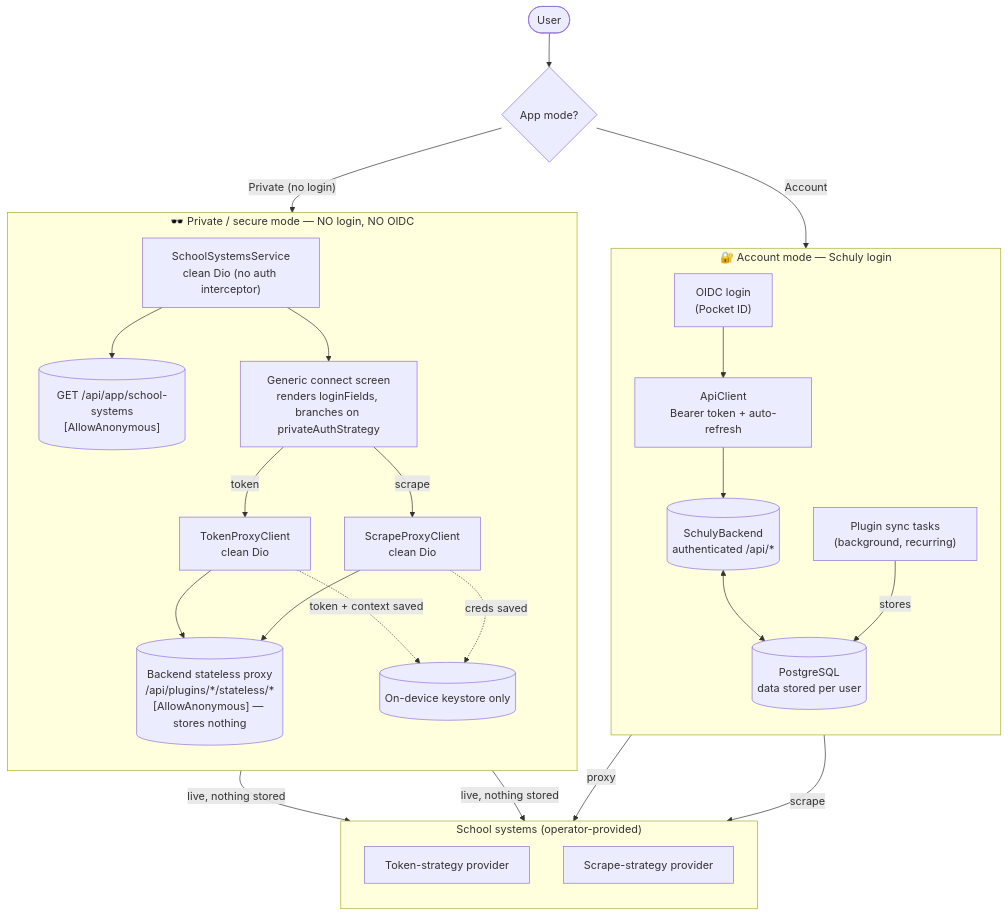
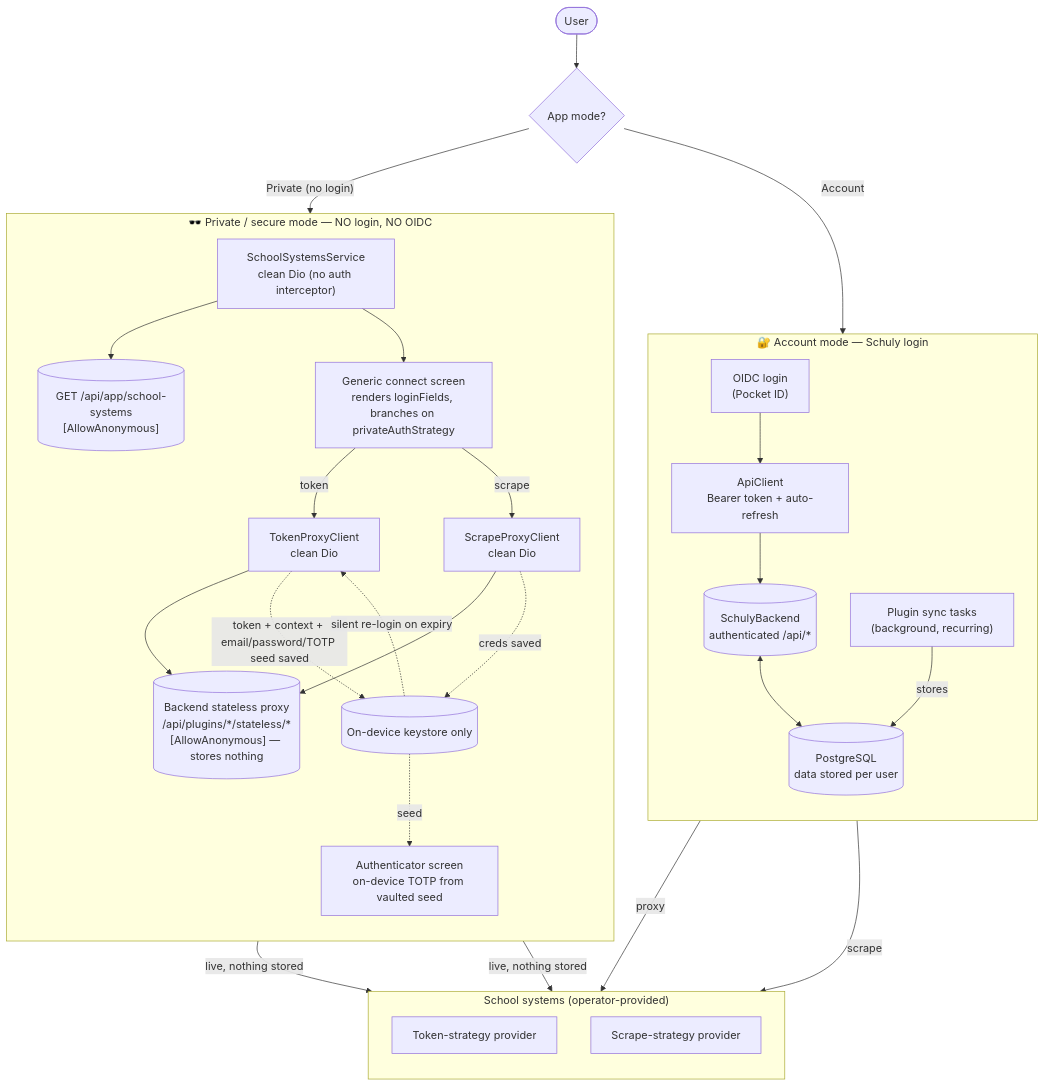
The diagram in docs/architecture-modes.md (schulydev/Schuly), drawn with Mermaid before and after one commit. The commit also changed 12 other files, not shown here.

First line of the commit message:
Private mode: vault TOTP seed, on-device authenticator, QR scan + silent re-login (#356)

````diff
--- a/docs/architecture-modes.md
+++ b/docs/architecture-modes.md
@@ -8,50 +8,53 @@
 ```mermaid
 flowchart TB
   User(["User"])
   User --> Gate{"App mode?"}
 
   Gate -->|"Account"| Login
   Gate -->|"Private (no login)"| Catalog
 
   subgraph ACCOUNT["🔐 Account mode — Schuly login"]
     direction TB
     Login["OIDC login<br/>(Pocket ID)"]
     ApiClient["ApiClient<br/>Bearer token + auto-refresh"]
     Backend[("SchulyBackend<br/>authenticated /api/*")]
     DB[("PostgreSQL<br/>data stored per user")]
     Sync["Plugin sync tasks<br/>(background, recurring)"]
     Login --> ApiClient --> Backend
     Backend <--> DB
     Sync -->|"stores"| DB
   end
 
   subgraph PRIVATE["🕶️ Private / secure mode — NO login, NO OIDC"]
     direction TB
     Catalog["SchoolSystemsService<br/>clean Dio (no auth interceptor)"]
     AnonCat[("GET /api/app/school-systems<br/>[AllowAnonymous]")]
     Connect["Generic connect screen<br/>renders loginFields, branches on privateAuthStrategy"]
     TP["TokenProxyClient<br/>clean Dio"]
     SP["ScrapeProxyClient<br/>clean Dio"]
     Stateless[("Backend stateless proxy<br/>/api/plugins/*/stateless/*<br/>[AllowAnonymous] — stores nothing")]
     Keystore[("On-device keystore only")]
+    Auth["Authenticator screen<br/>on-device TOTP from vaulted seed"]
     Catalog --> AnonCat
     Catalog --> Connect
     Connect -->|"token"| TP
     Connect -->|"scrape"| SP
     TP --> Stateless
     SP --> Stateless
-    TP -.->|"token + context saved"| Keystore
+    TP -.->|"token + context + email/password/TOTP seed saved"| Keystore
     SP -.->|"creds saved"| Keystore
+    Keystore -.->|"seed"| Auth
+    Keystore -.->|"silent re-login on expiry"| TP
   end
 
   subgraph SOURCES["School systems (operator-provided)"]
     direction TB
     TokenProvider["Token-strategy provider"]
     ScrapeProvider["Scrape-strategy provider"]
   end
 
   Sync -->|"proxy"| TokenProvider
   Sync -->|"scrape"| ScrapeProvider
   Stateless -->|"live, nothing stored"| TokenProvider
   Stateless -->|"live, nothing stored"| ScrapeProvider
 ```
````
